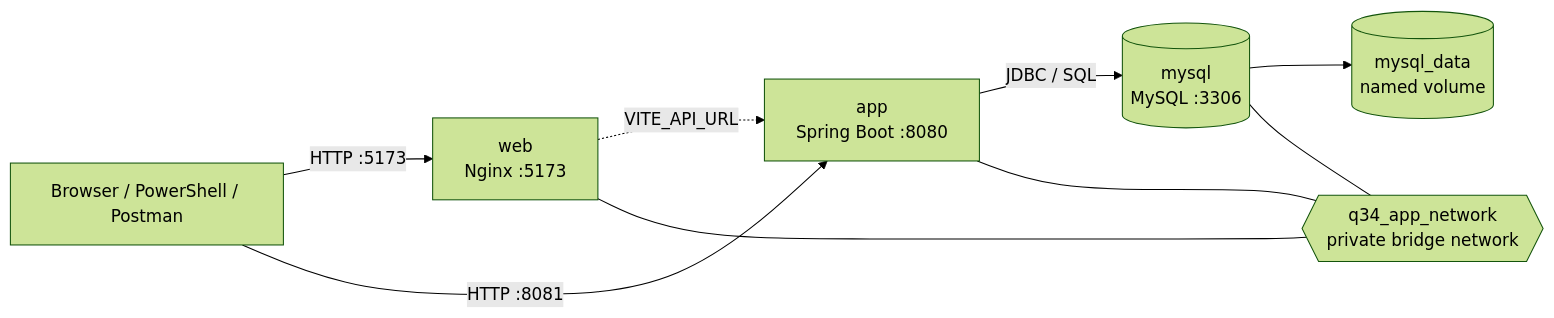
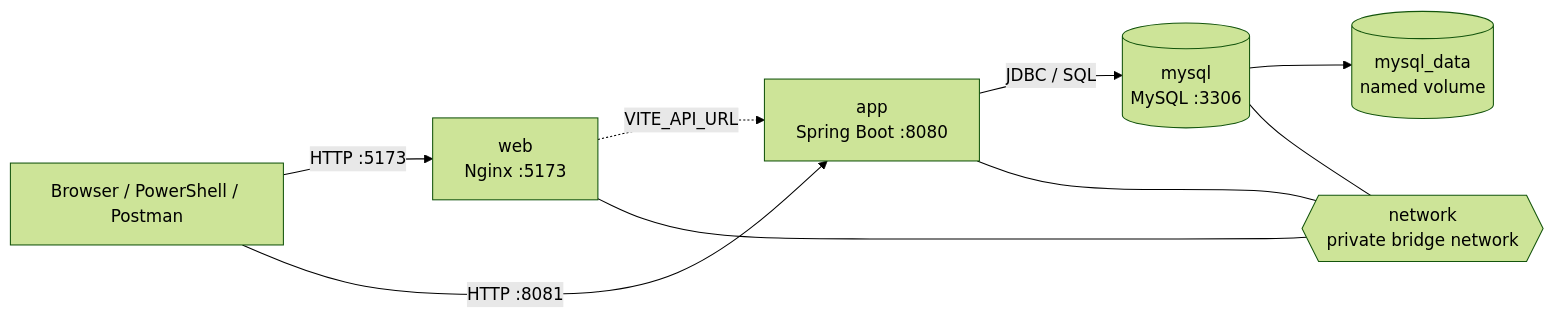
Before and after one commit to aadidevj007/troubleshooting-spring-boot-logs-and-api-failures: the first of 4 diagrams in README.md, drawn with Mermaid (forest theme). The commit also changed other lines of this file and 4 other files, not shown here.

````diff
--- a/README.md
+++ b/README.md
@@ -40,18 +40,18 @@
 ```mermaid
 flowchart LR
     Browser["Browser / PowerShell / Postman"]
     Web["web\nNginx :5173"]
     App["app\nSpring Boot :8080"]
     DB[("mysql\nMySQL :3306")]
     Volume[("mysql_data\nnamed volume")]
-    Network{{"q34_app_network\nprivate bridge network"}}
+    Network{{"network\nprivate bridge network"}}
 
     Browser -->|"HTTP :5173"| Web
     Browser -->|"HTTP :8081"| App
     Web -.->|"VITE_API_URL"| App
     App -->|"JDBC / SQL"| DB
     DB --> Volume
     Web --- Network
     App --- Network
     DB --- Network
 ```
````
